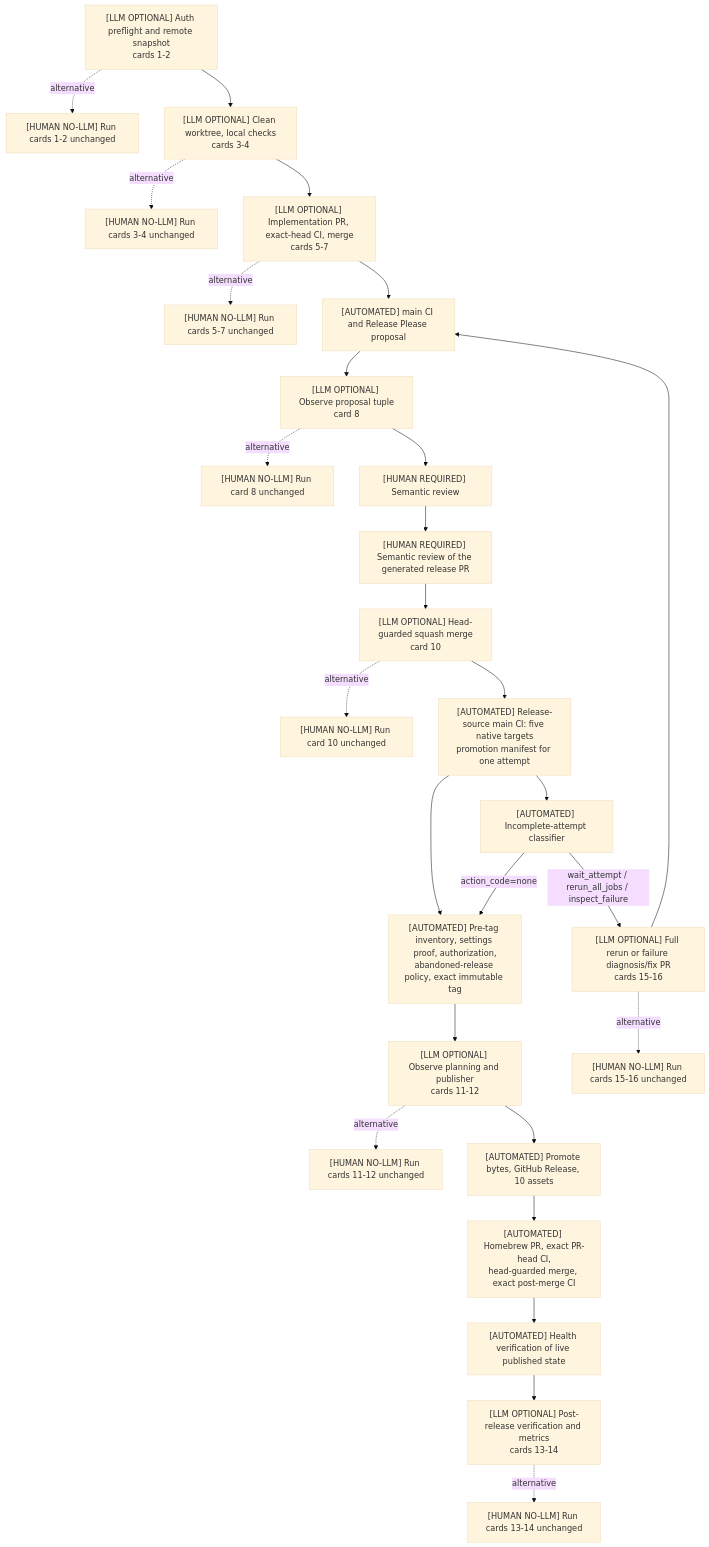
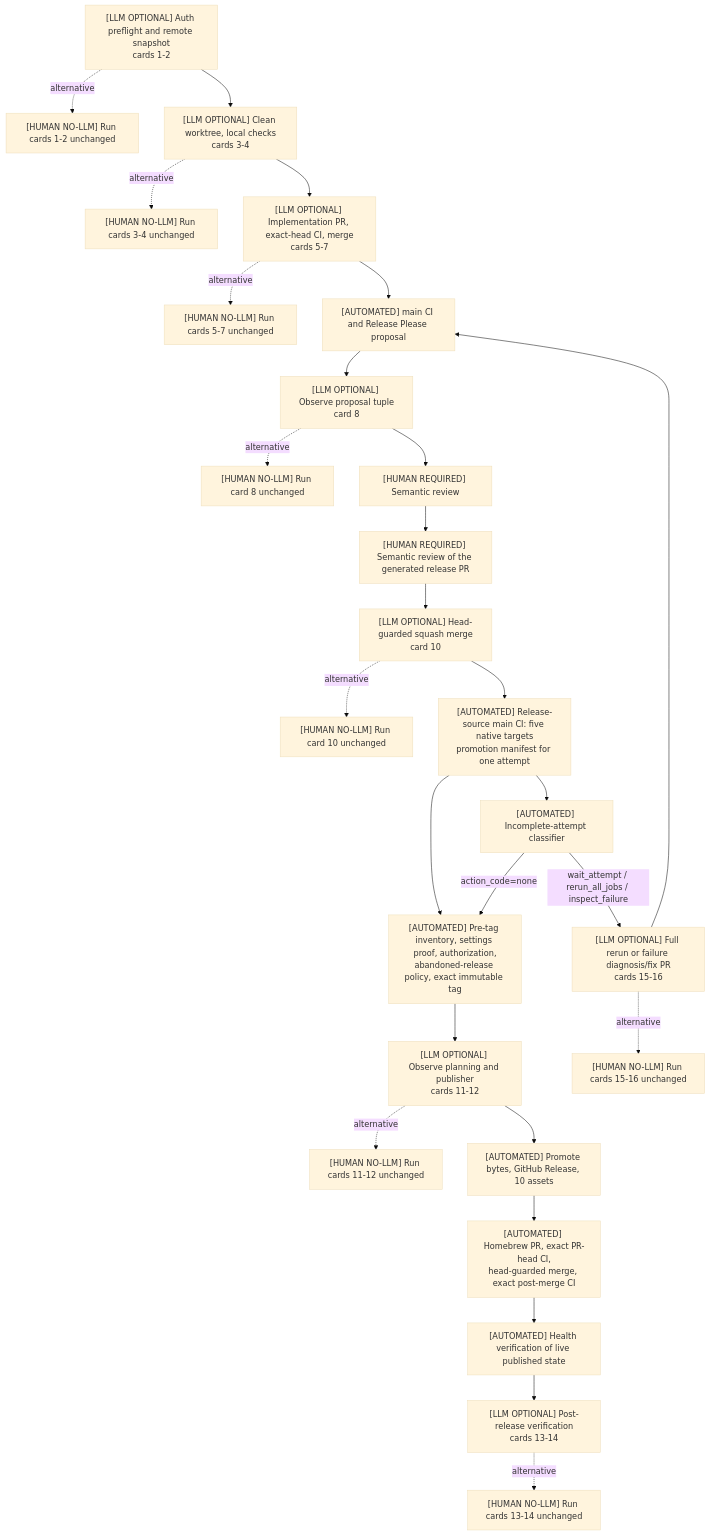
One commit to ildarbinanas-design/env-vault changed the diagram in docs/release-operator-runbook.md. Above: the diagram before and after it, drawn with Mermaid (base theme). The commit also changed other lines of this file and 17 other files, not shown here.

First line of the commit message:
ci(release): drop the dead release-metrics tooling (#75)

````diff
--- a/docs/release-operator-runbook.md
+++ b/docs/release-operator-runbook.md
@@ -53,42 +53,42 @@
 ```mermaid
 flowchart TD
     A["[LLM OPTIONAL] Auth preflight and remote snapshot<br/>cards 1-2"]
     A0["[HUMAN NO-LLM] Run cards 1-2 unchanged"]
     B["[LLM OPTIONAL] Clean worktree, local checks<br/>cards 3-4"]
     B0["[HUMAN NO-LLM] Run cards 3-4 unchanged"]
     C["[LLM OPTIONAL] Implementation PR, exact-head CI, merge<br/>cards 5-7"]
     C0["[HUMAN NO-LLM] Run cards 5-7 unchanged"]
     D["[AUTOMATED] main CI and Release Please proposal"]
     E["[LLM OPTIONAL] Observe proposal tuple<br/>card 8"]
     E0["[HUMAN NO-LLM] Run card 8 unchanged"]
     F["[HUMAN REQUIRED] Semantic review"]
     G["[HUMAN REQUIRED] Semantic review of the generated release PR"]
     H["[LLM OPTIONAL] Head-guarded squash merge<br/>card 10"]
     H0["[HUMAN NO-LLM] Run card 10 unchanged"]
     I["[AUTOMATED] Release-source main CI: five native targets<br/>promotion manifest for one attempt"]
     J["[AUTOMATED] Pre-tag inventory, settings proof, authorization,<br/>abandoned-release policy, exact immutable tag"]
     K["[LLM OPTIONAL] Observe planning and publisher<br/>cards 11-12"]
     K0["[HUMAN NO-LLM] Run cards 11-12 unchanged"]
     L["[AUTOMATED] Promote bytes, GitHub Release, 10 assets"]
     M["[AUTOMATED] Homebrew PR, exact PR-head CI,<br/>head-guarded merge, exact post-merge CI"]
     N["[AUTOMATED] Health verification of live published state"]
-    O["[LLM OPTIONAL] Post-release verification and metrics<br/>cards 13-14"]
+    O["[LLM OPTIONAL] Post-release verification<br/>cards 13-14"]
     O0["[HUMAN NO-LLM] Run cards 13-14 unchanged"]
     X["[AUTOMATED] Incomplete-attempt classifier"]
     Y["[LLM OPTIONAL] Full rerun or failure diagnosis/fix PR<br/>cards 15-16"]
     Y0["[HUMAN NO-LLM] Run cards 15-16 unchanged"]
 
     A --> B --> C --> D --> E --> F --> G --> H --> I --> J --> K --> L --> M --> N --> O
     A -. alternative .-> A0
     B -. alternative .-> B0
     C -. alternative .-> C0
     E -. alternative .-> E0
     H -. alternative .-> H0
     K -. alternative .-> K0
     O -. alternative .-> O0
     I --> X
     X -->|"action_code=none"| J
     X -->|"wait_attempt / rerun_all_jobs / inspect_failure"| Y
     Y -. alternative .-> Y0
     Y --> D
 ```
````
